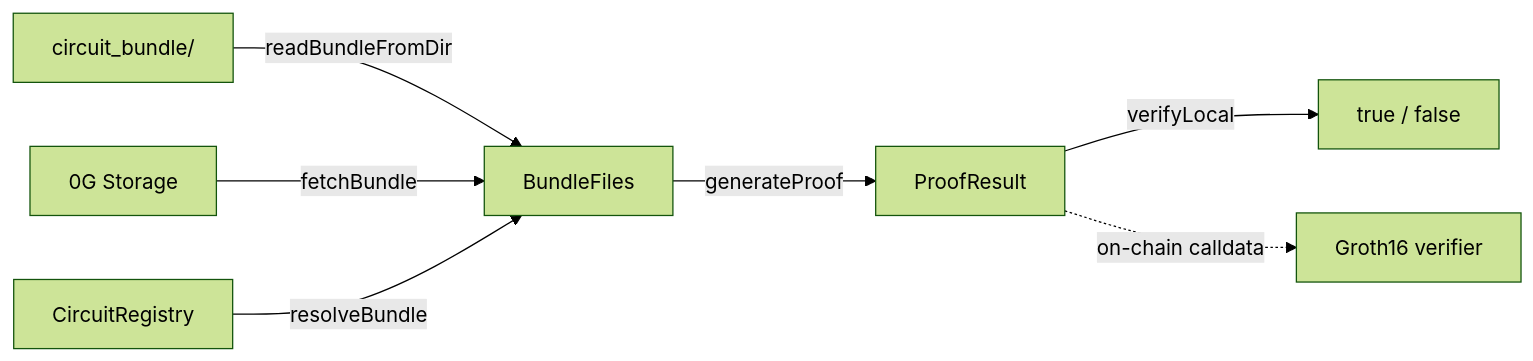
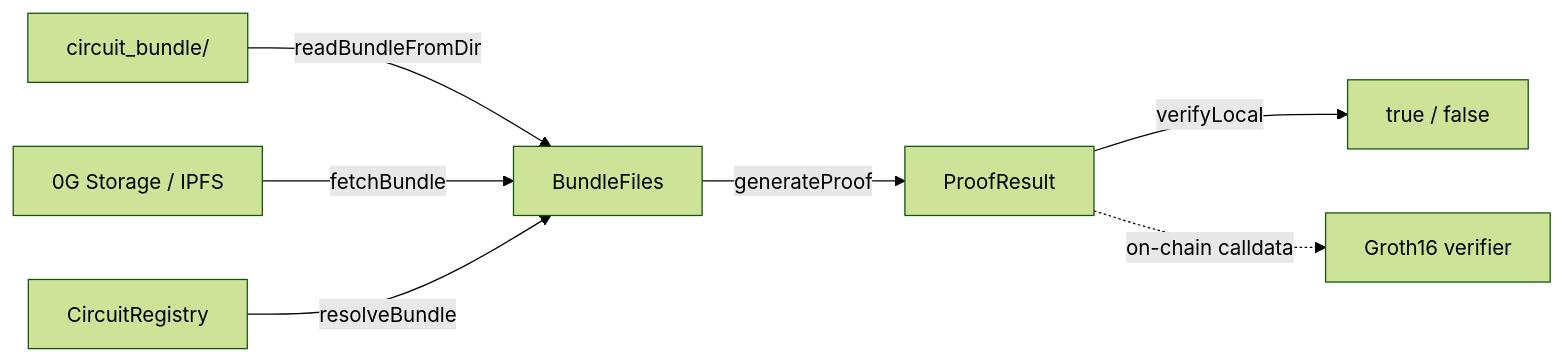
One commit to oynozan/0gzk changed the diagram in docs/content/sdk/index.mdx. Above: the diagram before and after it, drawn with Mermaid (forest theme). The commit also changed other lines of this file and 21 other files, not shown here.

````diff
--- a/docs/content/sdk/index.mdx
+++ b/docs/content/sdk/index.mdx
@@ -43,9 +43,9 @@
 ```mermaid
 flowchart LR
   Bundle["circuit_bundle/"] -->|readBundleFromDir| BF["BundleFiles"]
-  Storage["0G Storage"] -->|fetchBundle| BF
+  Storage["0G Storage / IPFS"] -->|fetchBundle| BF
   Registry["CircuitRegistry"] -->|resolveBundle| BF
   BF -->|generateProof| Proof["ProofResult"]
   Proof -->|verifyLocal| Bool["true / false"]
   Proof -.->|on-chain calldata| Verifier["Groth16 verifier"]
 ```
````
